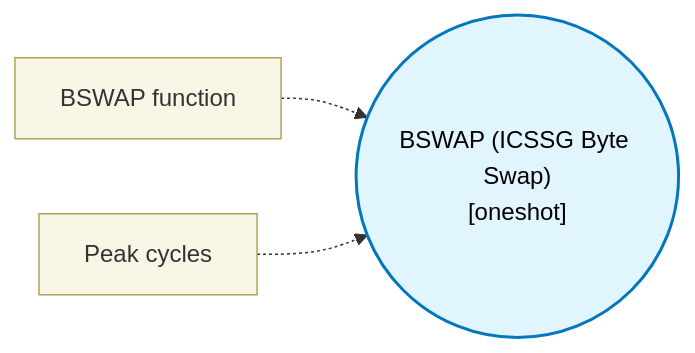
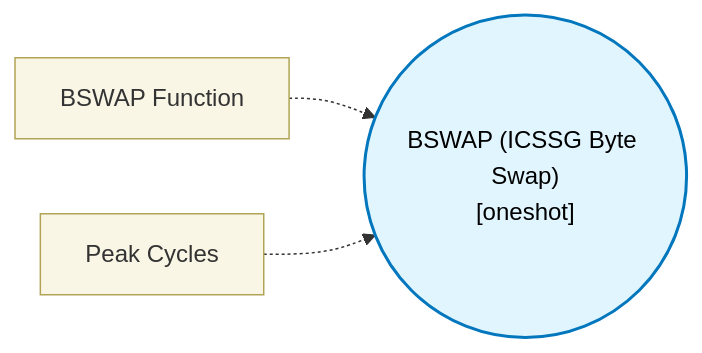
One commit to TexasInstruments/pru-no-code-tool changed the diagram in docs/block-reference/blocks/bswap_block/design.md. Above: the diagram before and after it, drawn with Mermaid. The commit also changed other lines of this file and 89 other files, not shown here.

````diff
--- a/docs/block-reference/blocks/bswap_block/design.md
+++ b/docs/block-reference/blocks/bswap_block/design.md
@@ -11,8 +11,8 @@
 ```mermaid
 flowchart LR
   classDef config fill:#f9f6e5,stroke:#b1a457,stroke-width:1px,color:#333;
   classDef core fill:#e1f5fe,stroke:#0277bd,stroke-width:2px,color:#000;
   CORE(("BSWAP (ICSSG Byte Swap)\n[oneshot]")):::core
-  CFG0["BSWAP function"]:::config -.-> CORE
-  CFG1["Peak cycles"]:::config -.-> CORE
+  CFG0["BSWAP Function"]:::config -.-> CORE
+  CFG1["Peak Cycles"]:::config -.-> CORE
 ```
````
